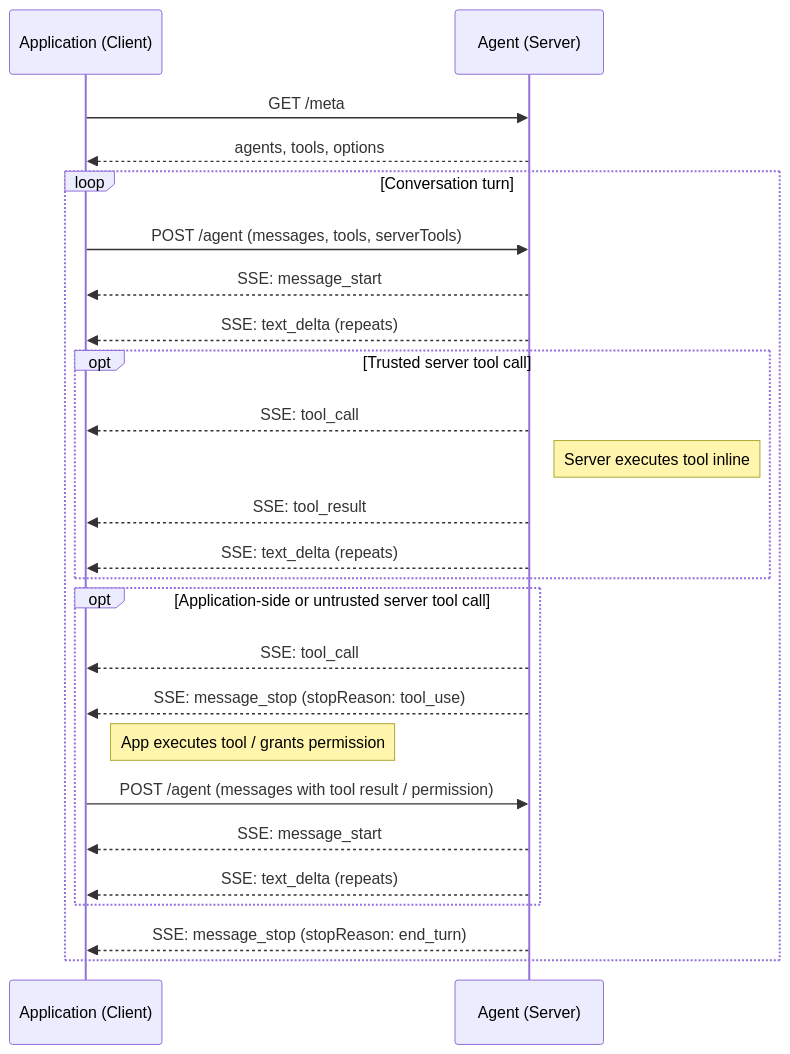
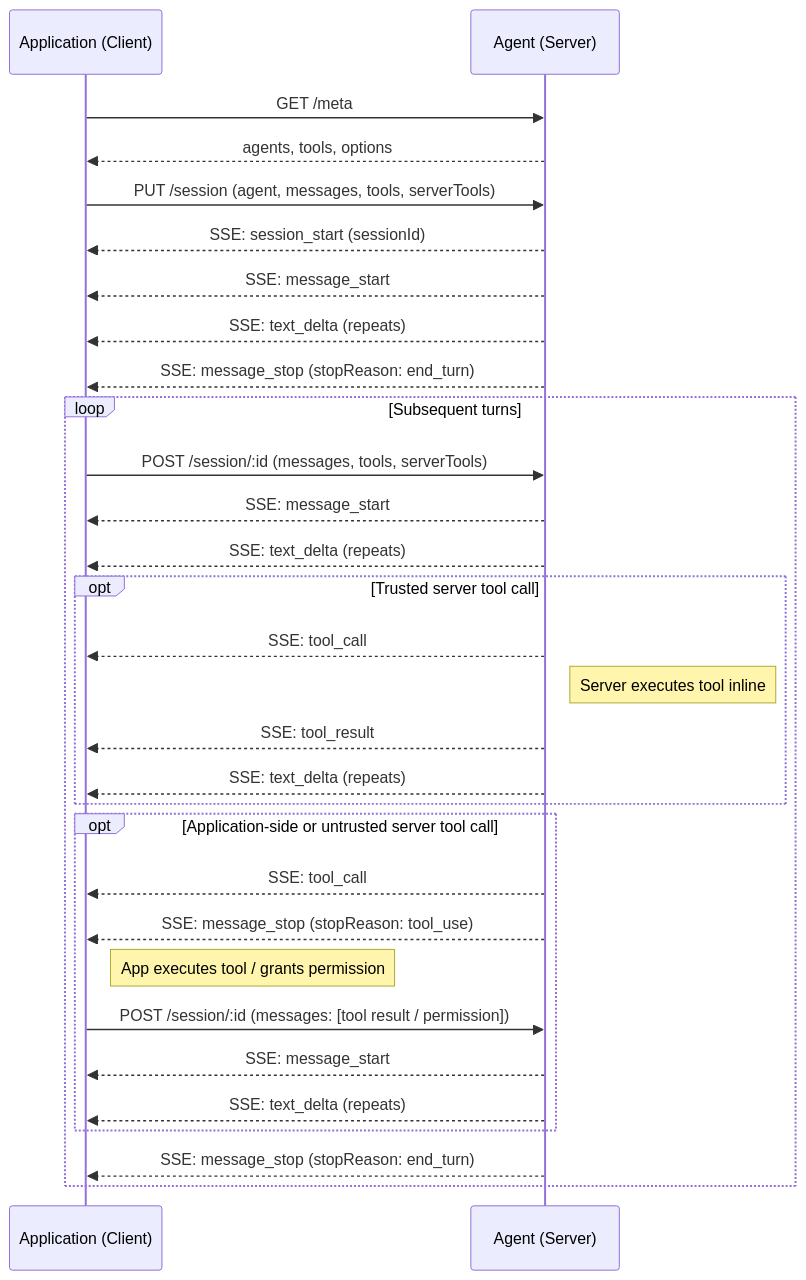
One commit to agentapplicationprotocol/agent-application-protocol changed the diagram in docs/protocol.md. Above: the diagram before and after it, drawn with Mermaid. The commit also changed other lines of this file, not shown here.

````diff
--- a/docs/protocol.md
+++ b/docs/protocol.md
@@ -453,29 +661,35 @@
 ```mermaid
 sequenceDiagram
     participant App as Application (Client)
     participant Agent as Agent (Server)
 
     App->>Agent: GET /meta
     Agent-->>App: agents, tools, options
 
-    loop Conversation turn
-        App->>Agent: POST /agent (messages, tools, serverTools)
+    App->>Agent: PUT /session (agent, messages, tools, serverTools)
+    Agent-->>App: SSE: session_start (sessionId)
+    Agent-->>App: SSE: message_start
+    Agent-->>App: SSE: text_delta (repeats)
+    Agent-->>App: SSE: message_stop (stopReason: end_turn)
+
+    loop Subsequent turns
+        App->>Agent: POST /session/:id (messages, tools, serverTools)
         Agent-->>App: SSE: message_start
         Agent-->>App: SSE: text_delta (repeats)
         opt Trusted server tool call
             Agent-->>App: SSE: tool_call
             Note right of Agent: Server executes tool inline
             Agent-->>App: SSE: tool_result
             Agent-->>App: SSE: text_delta (repeats)
         end
         opt Application-side or untrusted server tool call
             Agent-->>App: SSE: tool_call
             Agent-->>App: SSE: message_stop (stopReason: tool_use)
             Note right of App: App executes tool / grants permission
-            App->>Agent: POST /agent (messages with tool result / permission)
+            App->>Agent: POST /session/:id (messages: [tool result / permission])
             Agent-->>App: SSE: message_start
             Agent-->>App: SSE: text_delta (repeats)
         end
         Agent-->>App: SSE: message_stop (stopReason: end_turn)
     end
 ```
````
